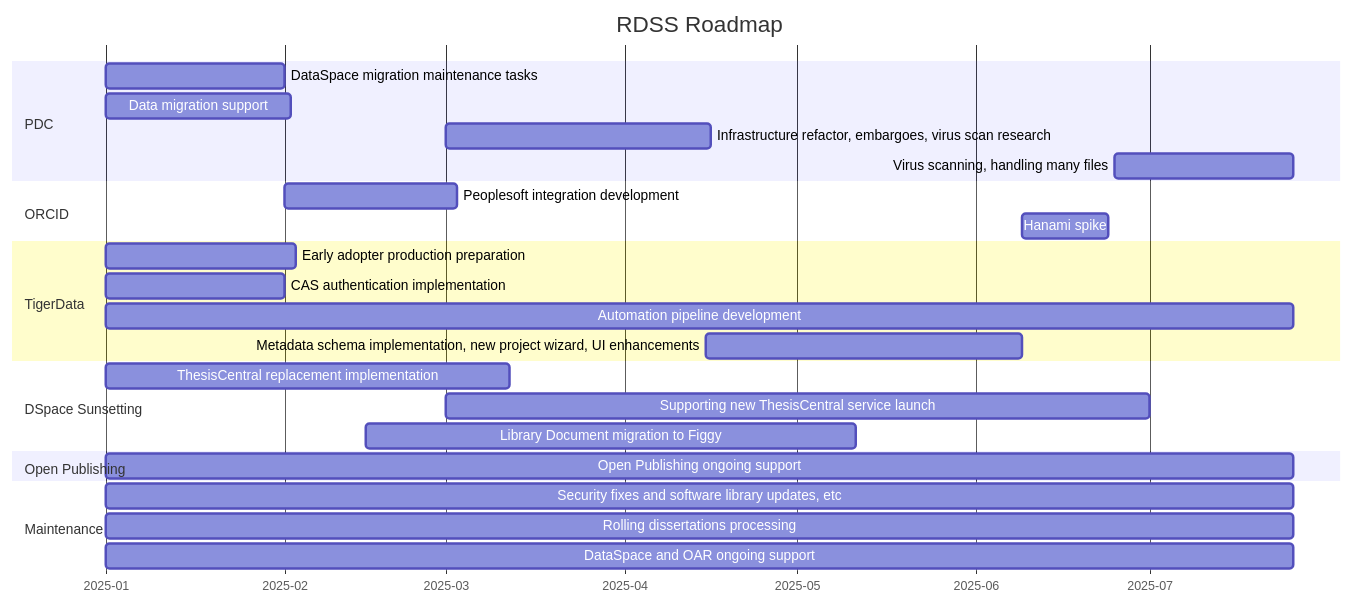
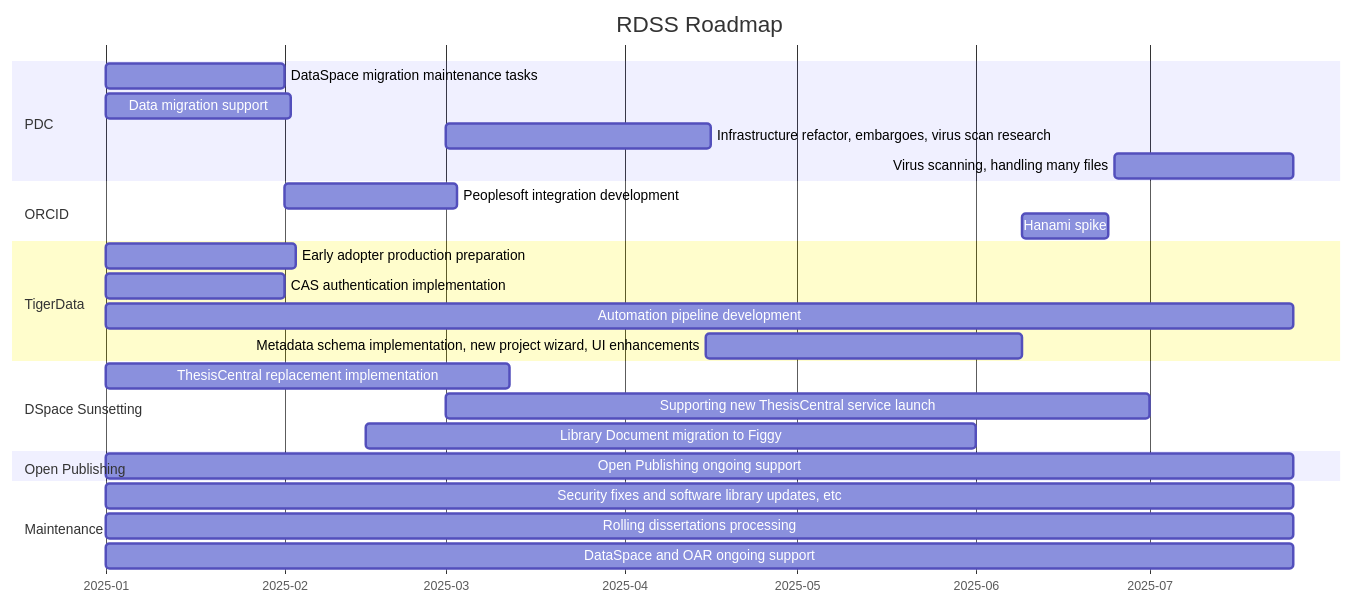
The diagram in roadmap.md (pulibrary/rdss-handbook), drawn with Mermaid before and after one commit.

Commit message:
Extended Library PDF migration from DataSpace through end of May

````diff
--- a/roadmap.md
+++ b/roadmap.md
@@ -5,29 +5,29 @@
 ```mermaid
 gantt
     title RDSS Roadmap
     axisFormat  %Y-%m
     dateformat YYYY-MM
     section PDC
     DataSpace migration maintenance tasks: pd1,2025-01-01,31d
     Data migration support: pd2,2025-01-01,32d
     Infrastructure refactor, embargoes, virus scan research: pd3, 2025-03-01, 46d
     Virus scanning, handling many files: pd5, 2025-06-25, 31d
     section ORCID
     Peoplesoft integration development: or1,2025-02-01,30d
     Hanami spike: 2025-06-09, 15d
     section TigerData
     Early adopter production preparation: td1,2025-01-01,33d
     CAS authentication implementation: td2,2025-01-01,31d
     Automation pipeline development: td3,2025-01-01,206d 
     Metadata schema implementation, new project wizard, UI enhancements: td4, 2025-04-15,55d
     section DSpace Sunsetting
     ThesisCentral replacement implementation: dsps1,2025-01-01,70d
     Supporting new ThesisCentral service launch: dsps2,2025-03-01,122d
-    Library Document migration to Figgy: dsps3,2025-02-15,85d
+    Library Document migration to Figgy: dsps3,2025-02-15,106d
     section Open Publishing
     Open Publishing ongoing support: dsp3,2025-01-01,206d
     section Maintenance
     Security fixes and software library updates, etc: dsp1,2025-01-01,206d
     Rolling dissertations processing: dsp2,2025-01-01,206d
     DataSpace and OAR ongoing support: dsp3,2025-01-01,206d
 ```
````
